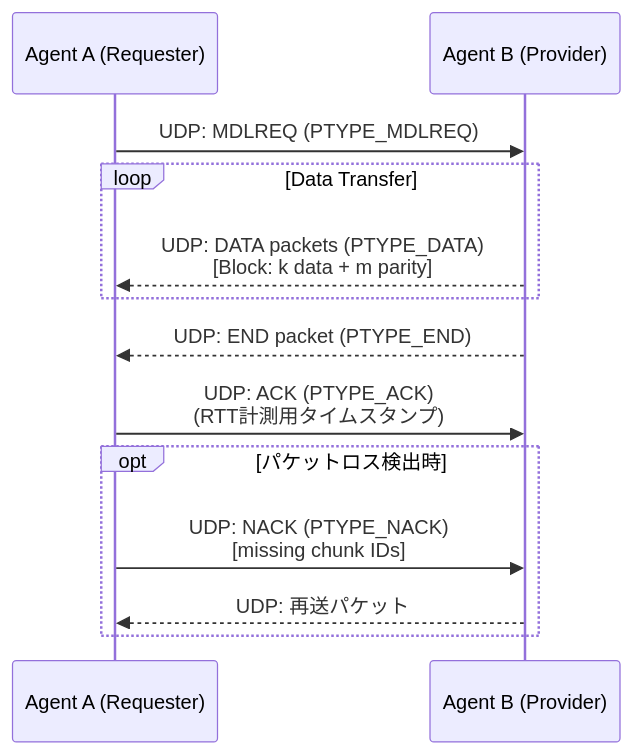
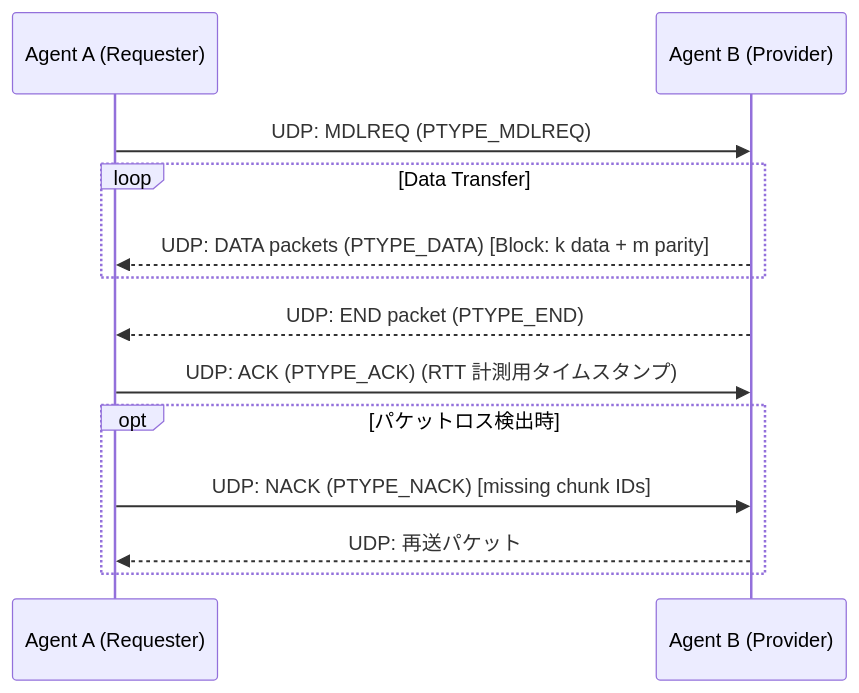
Before and after one commit to jo2lxq/wafl: the fourth of 5 diagrams in WAFL-Testbed/docs/protocol.md, drawn with Mermaid. The commit also changed other lines of this file and 19 other files, not shown here.

````diff
--- a/WAFL-Testbed/docs/protocol.md
+++ b/WAFL-Testbed/docs/protocol.md
@@ -114,19 +117,19 @@
 ```mermaid
 sequenceDiagram
     participant A as Agent A (Requester)
     participant B as Agent B (Provider)
     
     A->>B: UDP: MDLREQ (PTYPE_MDLREQ)
     
     loop Data Transfer
-        B-->>A: UDP: DATA packets (PTYPE_DATA)<br/>[Block: k data + m parity]
+        B-->>A: UDP: DATA packets (PTYPE_DATA) [Block: k data + m parity]
     end
     
     B-->>A: UDP: END packet (PTYPE_END)
-    A->>B: UDP: ACK (PTYPE_ACK)<br/>(RTT計測用タイムスタンプ)
+    A->>B: UDP: ACK (PTYPE_ACK) (RTT 計測用タイムスタンプ)
     
     opt パケットロス検出時
-        A->>B: UDP: NACK (PTYPE_NACK)<br/>[missing chunk IDs]
+        A->>B: UDP: NACK (PTYPE_NACK) [missing chunk IDs]
         B-->>A: UDP: 再送パケット
     end
 ```
````
